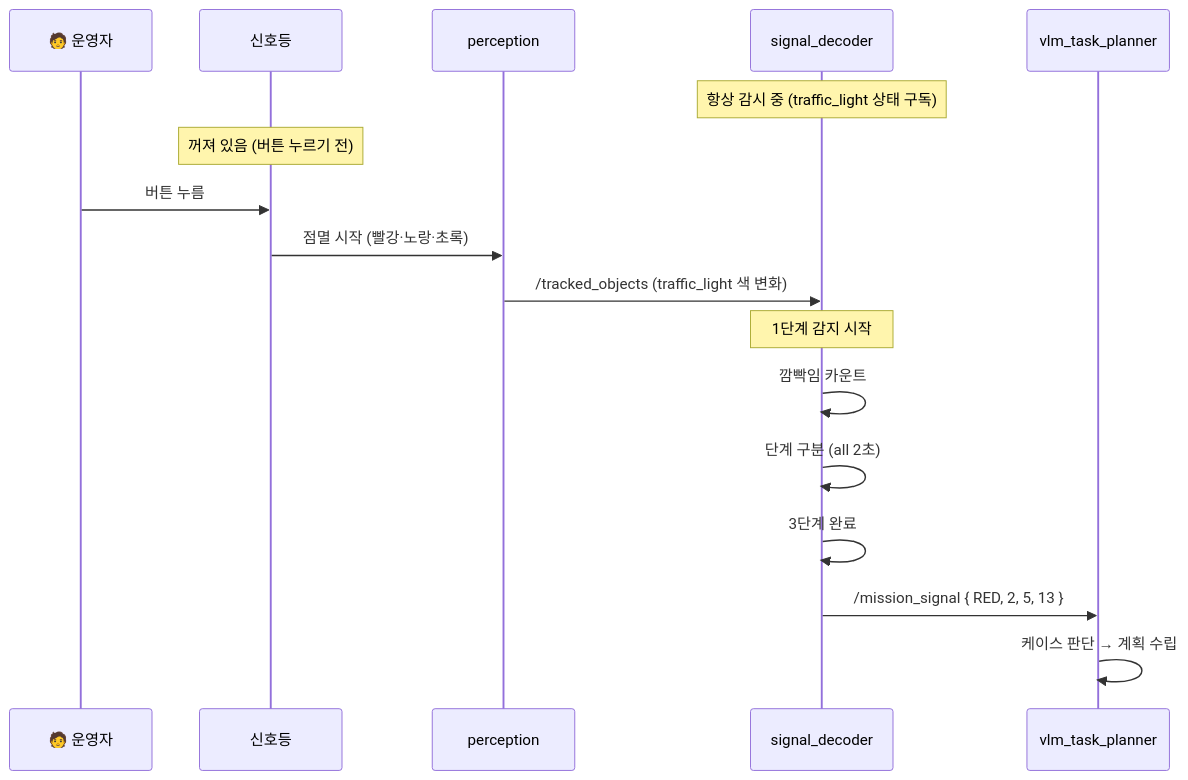
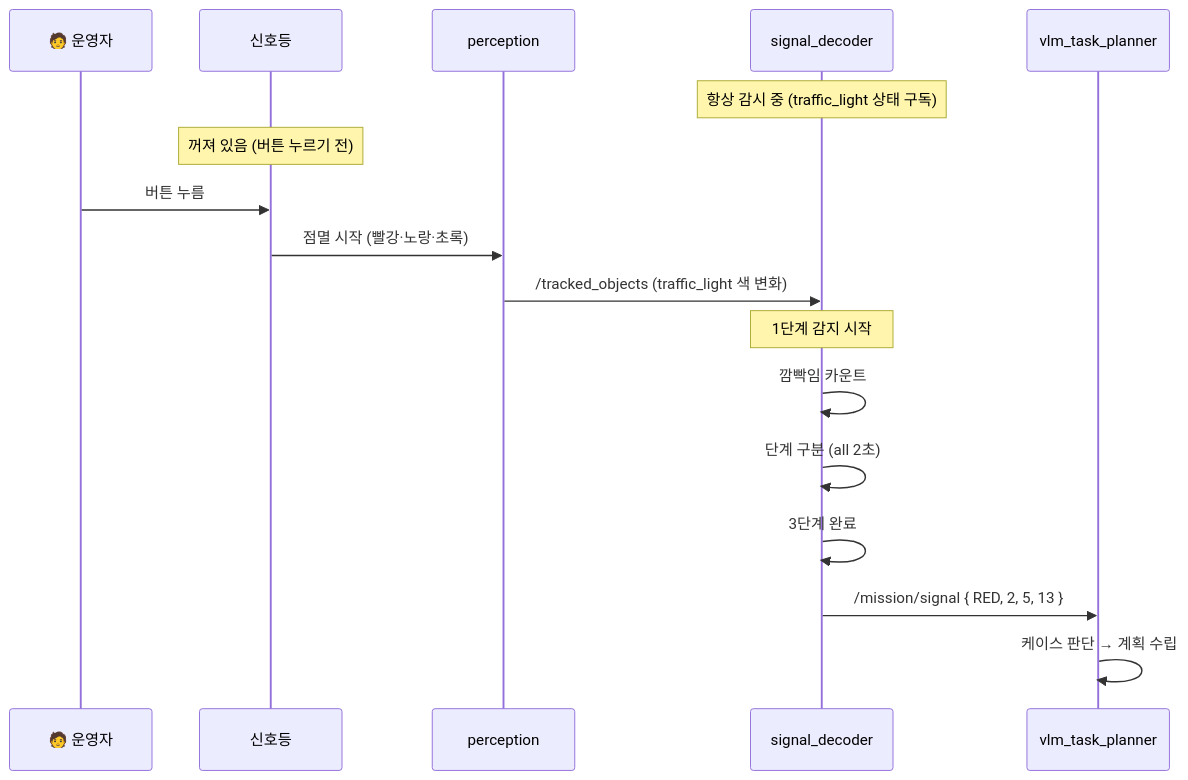
One commit to SeungHye-J/Lv2_bee_Assignment changed the third of 4 diagrams in documents/mission/scenario/01-overview.md. Above: the diagram before and after it, drawn with Mermaid. The commit also changed other lines of this file and 25 other files, not shown here.

````diff
--- a/documents/mission/scenario/01-overview.md
+++ b/documents/mission/scenario/01-overview.md
@@ -95,22 +95,22 @@
 ```mermaid
 sequenceDiagram
     participant OP as 🧑 운영자
     participant TL as 신호등
     participant P as perception
     participant SD as signal_decoder
     participant VLM as vlm_task_planner
 
     Note over SD: 항상 감시 중 (traffic_light 상태 구독)
     Note over TL: 꺼져 있음 (버튼 누르기 전)
 
     OP->>TL: 버튼 누름
     TL->>P: 점멸 시작 (빨강·노랑·초록)
     P->>SD: /tracked_objects (traffic_light 색 변화)
 
     Note over SD: 1단계 감지 시작
     SD->>SD: 깜빡임 카운트
     SD->>SD: 단계 구분 (all 2초)
     SD->>SD: 3단계 완료
-    SD->>VLM: /mission_signal { RED, 2, 5, 13 }
+    SD->>VLM: /mission/signal { RED, 2, 5, 13 }
     VLM->>VLM: 케이스 판단 → 계획 수립
 ```
````
